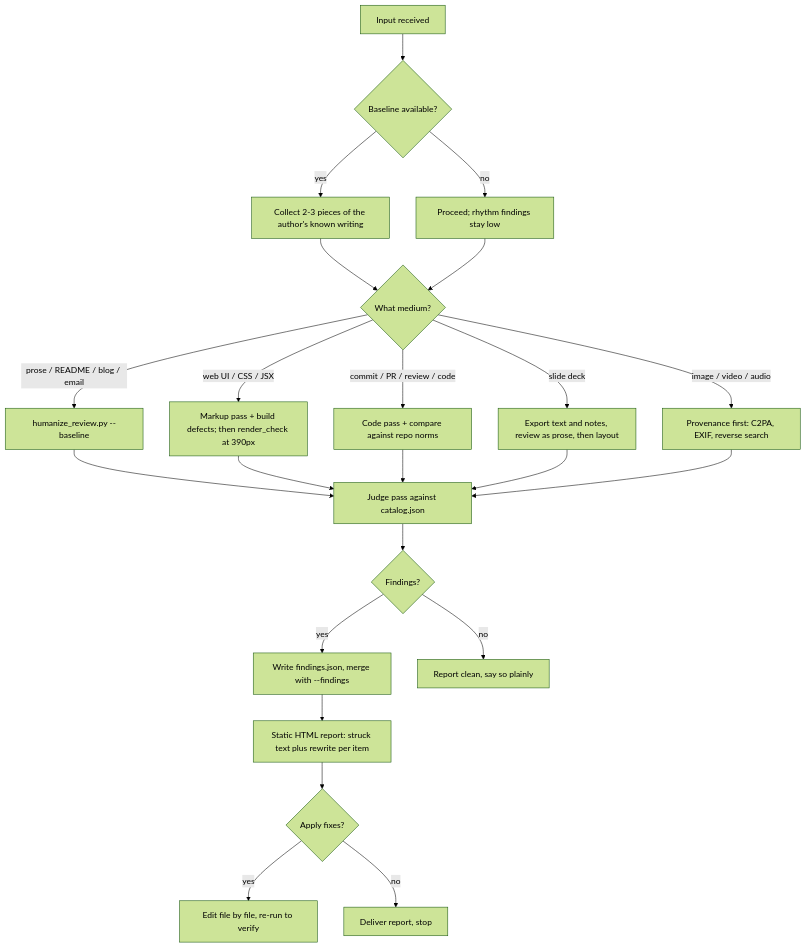
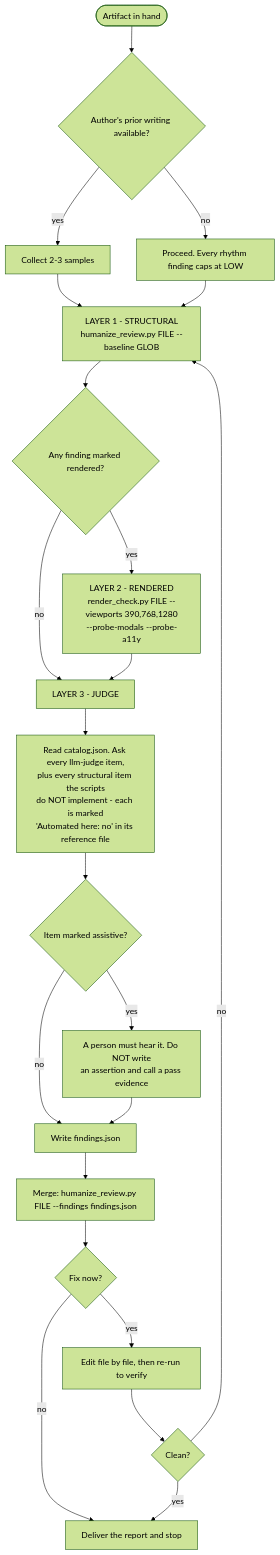
Before and after one commit to curiositech/port-daddy: the second of 2 diagrams in skills/make_copy_and_media_human/SKILL.md, drawn with Mermaid (forest theme). The commit also changed other lines of this file and 27 other files, not shown here.

````diff
--- a/skills/make_copy_and_media_human/SKILL.md
+++ b/skills/make_copy_and_media_human/SKILL.md
@@ -261,25 +305,24 @@
 ```mermaid
 flowchart TD
-    A[Input received] --> B{Baseline available?}
-    B -->|yes| C[Collect 2-3 pieces of the author's known writing]
-    B -->|no| D[Proceed; rhythm findings stay low]
-    C --> E{What medium?}
+    A(["Artifact in hand"]) --> B{"Author's prior writing available?"}
+    B -->|yes| C["Collect 2-3 samples"]
+    B -->|no| D["Proceed. Every rhythm finding caps at LOW"]
+    C --> E["LAYER 1 - STRUCTURAL<br/>humanize_review.py FILE --baseline GLOB"]
     D --> E
-    E -->|prose / README / blog / email| F[humanize_review.py --baseline]
-    E -->|web UI / CSS / JSX| G[Markup pass + build defects; then render_check at 390px]
-    E -->|commit / PR / review / code| H[Code pass + compare against repo norms]
-    E -->|slide deck| I[Export text and notes, review as prose, then layout]
-    E -->|image / video / audio| J[Provenance first: C2PA, EXIF, reverse search]
-    F --> K[Judge pass against catalog.json]
-    G --> K
-    H --> K
-    I --> K
-    J --> K
-    K --> L{Findings?}
-    L -->|yes| M[Write findings.json, merge with --findings]
-    L -->|no| N[Report clean, say so plainly]
-    M --> O[Static HTML report: struck text plus rewrite per item]
-    O --> P{Apply fixes?}
-    P -->|yes| Q[Edit file by file, re-run to verify]
-    P -->|no| R[Deliver report, stop]
+    E --> F{"Any finding marked rendered?"}
+    F -->|yes| G["LAYER 2 - RENDERED<br/>render_check.py FILE --viewports 390,768,1280<br/>--probe-modals --probe-a11y"]
+    F -->|no| H["LAYER 3 - JUDGE"]
+    G --> H
+    H --> I["Read catalog.json. Ask every llm-judge item,<br/>plus every structural item the scripts<br/>do NOT implement - each is marked<br/>'Automated here: no' in its reference file"]
+    I --> J{"Item marked assistive?"}
+    J -->|yes| K["A person must hear it. Do NOT write<br/>an assertion and call a pass evidence"]
+    J -->|no| L["Write findings.json"]
+    K --> L
+    L --> M["Merge: humanize_review.py FILE --findings findings.json"]
+    M --> N{"Fix now?"}
+    N -->|yes| O["Edit file by file, then re-run to verify"]
+    N -->|no| P["Deliver the report and stop"]
+    O --> Q{"Clean?"}
+    Q -->|no| E
+    Q -->|yes| P
 ```
````
